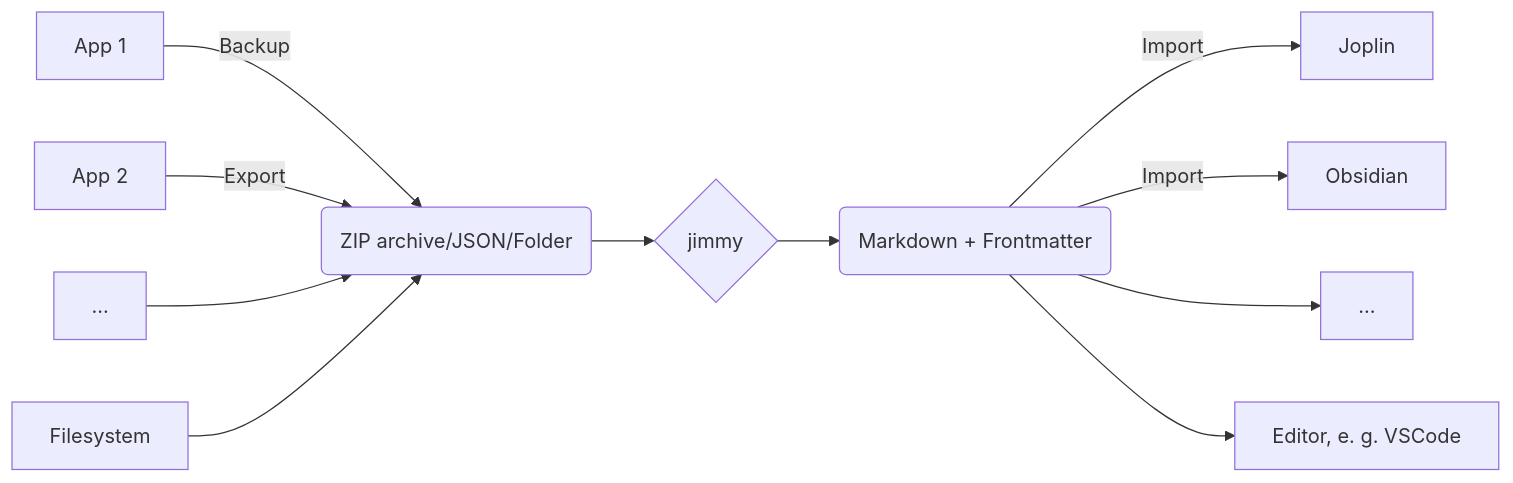
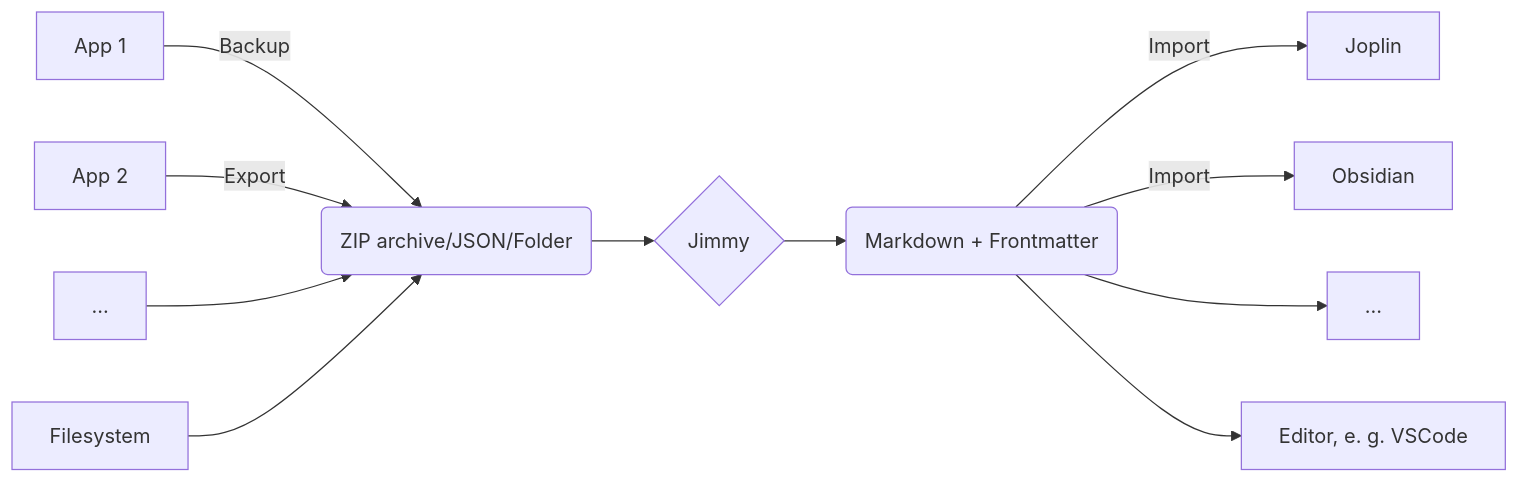
One commit to marph91/jimmy changed the diagram in docs/index.md. Above: the diagram before and after it, drawn with Mermaid. The commit also changed other lines of this file and 42 other files, not shown here.

````diff
--- a/docs/index.md
+++ b/docs/index.md
@@ -67,13 +75,13 @@
 ```mermaid
 flowchart LR
     A[App 1] -->|Backup| M
     B[App 2] -->|Export| M
     C[...] --> M
     D[Filesystem] --> M
     M(ZIP archive/JSON/Folder) --> N
-    N{jimmy} --> O(Markdown + Frontmatter)
+    N{Jimmy} --> O(Markdown + Frontmatter)
     O -->|Import| P[Joplin]
     O -->|Import| Q[Obsidian]
     O --> R[...]
     O --> S[Editor, e. g. VSCode]
 ```
````
